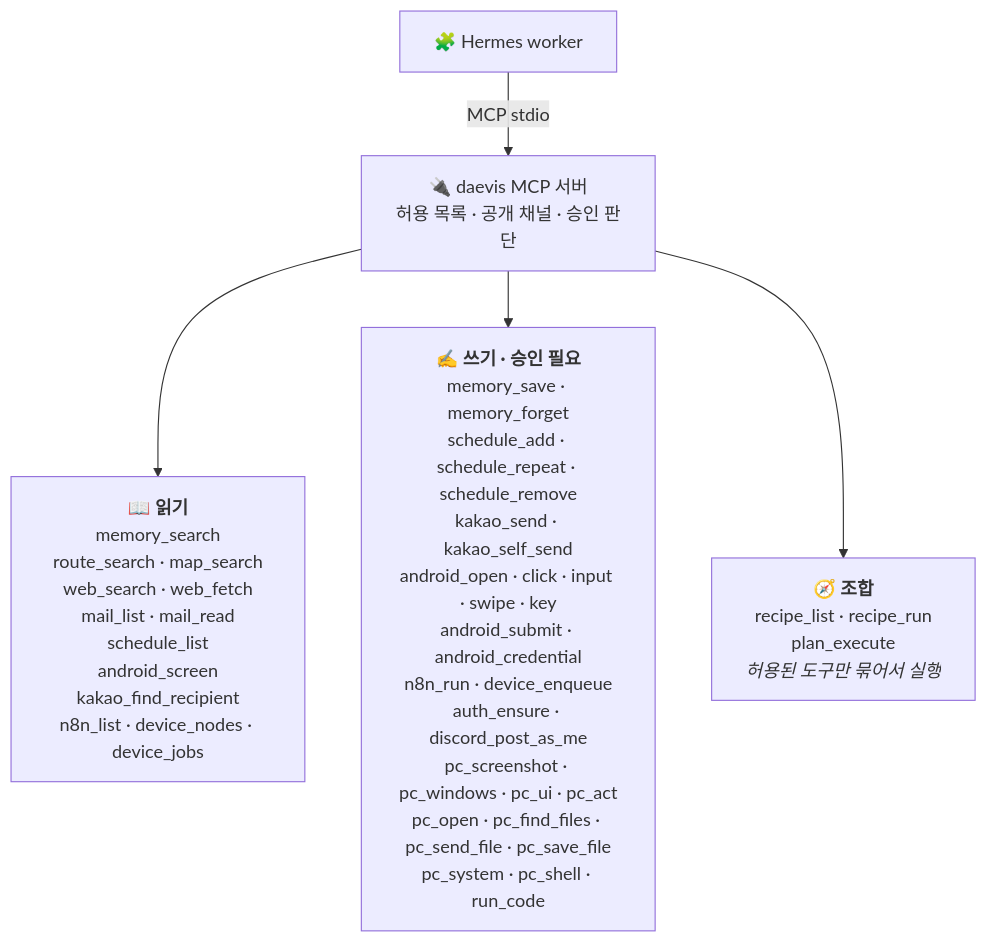
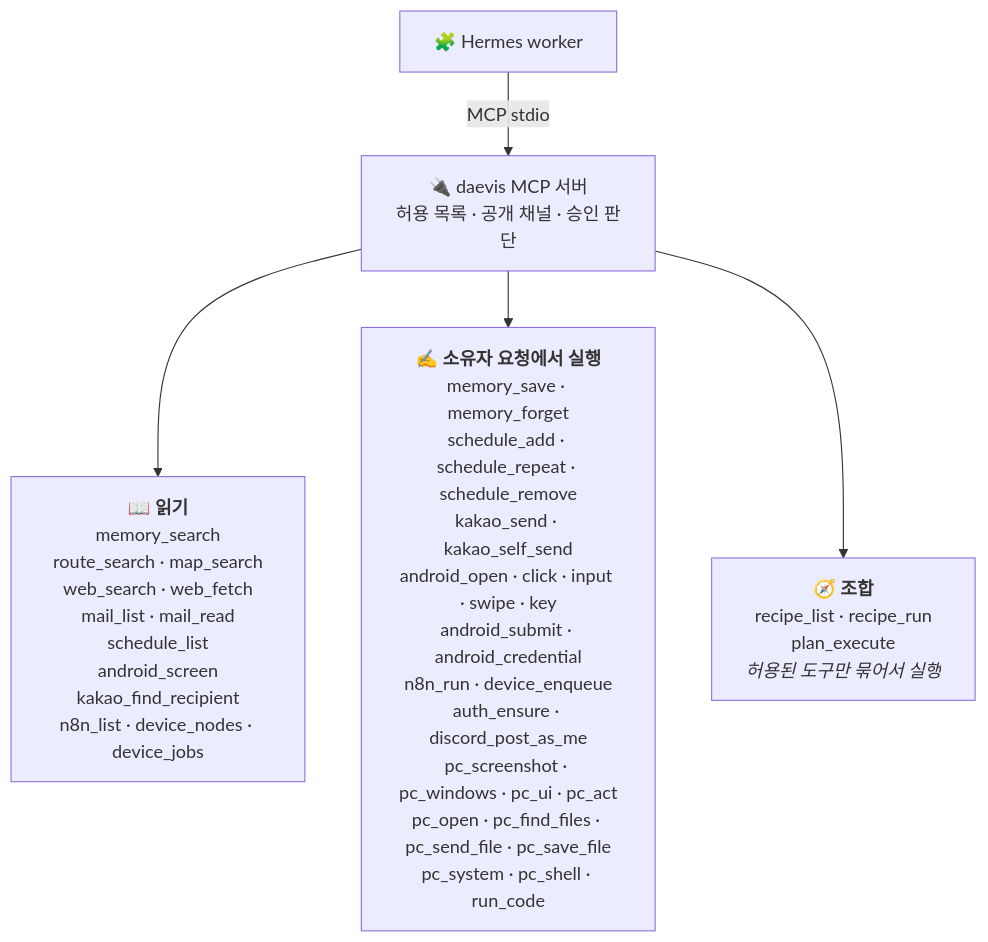
Before and after one commit to beans3142/personal-agent: the second of 2 diagrams in README.md, drawn with Mermaid. The commit also changed other lines of this file and 9 other files, not shown here.

Commit message:
docs: redraw architecture around execution boundaries and visible request flows

````diff
--- a/README.md
+++ b/README.md
@@ -131,7 +97,7 @@
 ```mermaid
 flowchart TD
     hermes["🧩 Hermes worker"] -- "MCP stdio" --> mcp["🔌 daevis MCP 서버<br/>허용 목록 · 공개 채널 · 승인 판단"]
     mcp --> r["📖 <b>읽기</b><br/>memory_search<br/>route_search · map_search<br/>web_search · web_fetch<br/>mail_list · mail_read<br/>schedule_list<br/>android_screen<br/>kakao_find_recipient<br/>n8n_list · device_nodes · device_jobs"]
-    mcp --> w["✍️ <b>쓰기 · 승인 필요</b><br/>memory_save · memory_forget<br/>schedule_add · schedule_repeat · schedule_remove<br/>kakao_send · kakao_self_send<br/>android_open · click · input · swipe · key<br/>android_submit · android_credential<br/>n8n_run · device_enqueue<br/>auth_ensure · discord_post_as_me<br/>pc_screenshot · pc_windows · pc_ui · pc_act<br/>pc_open · pc_find_files · pc_send_file · pc_save_file<br/>pc_system · pc_shell · run_code"]
+    mcp --> w["✍️ <b>소유자 요청에서 실행</b><br/>memory_save · memory_forget<br/>schedule_add · schedule_repeat · schedule_remove<br/>kakao_send · kakao_self_send<br/>android_open · click · input · swipe · key<br/>android_submit · android_credential<br/>n8n_run · device_enqueue<br/>auth_ensure · discord_post_as_me<br/>pc_screenshot · pc_windows · pc_ui · pc_act<br/>pc_open · pc_find_files · pc_send_file · pc_save_file<br/>pc_system · pc_shell · run_code"]
     mcp --> c["🧭 <b>조합</b><br/>recipe_list · recipe_run<br/>plan_execute<br/><i>허용된 도구만 묶어서 실행</i>"]
 ```
````
